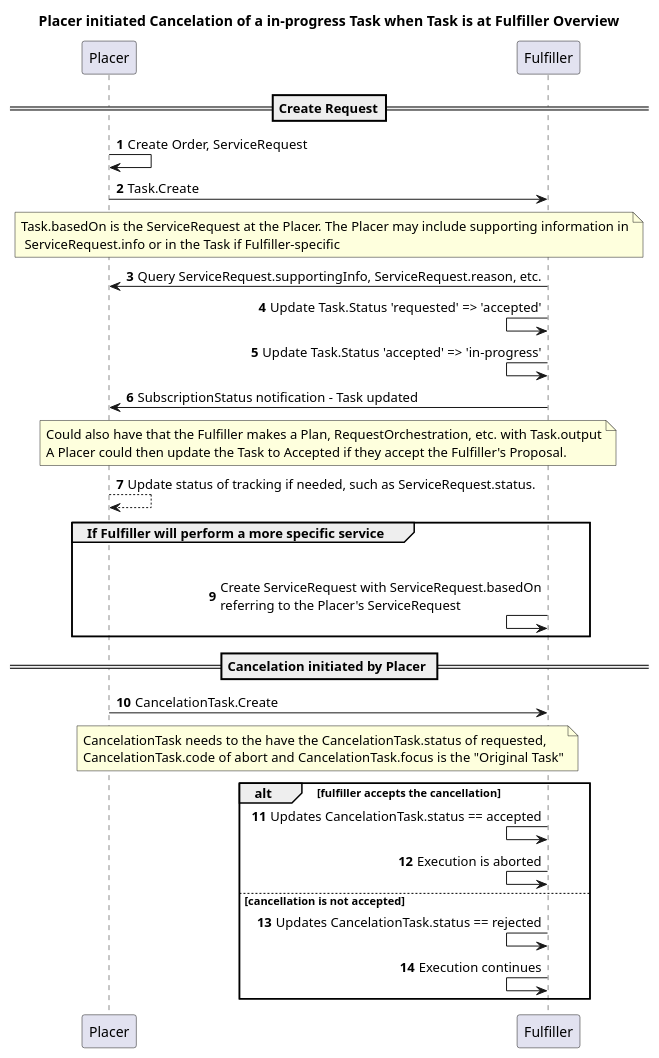
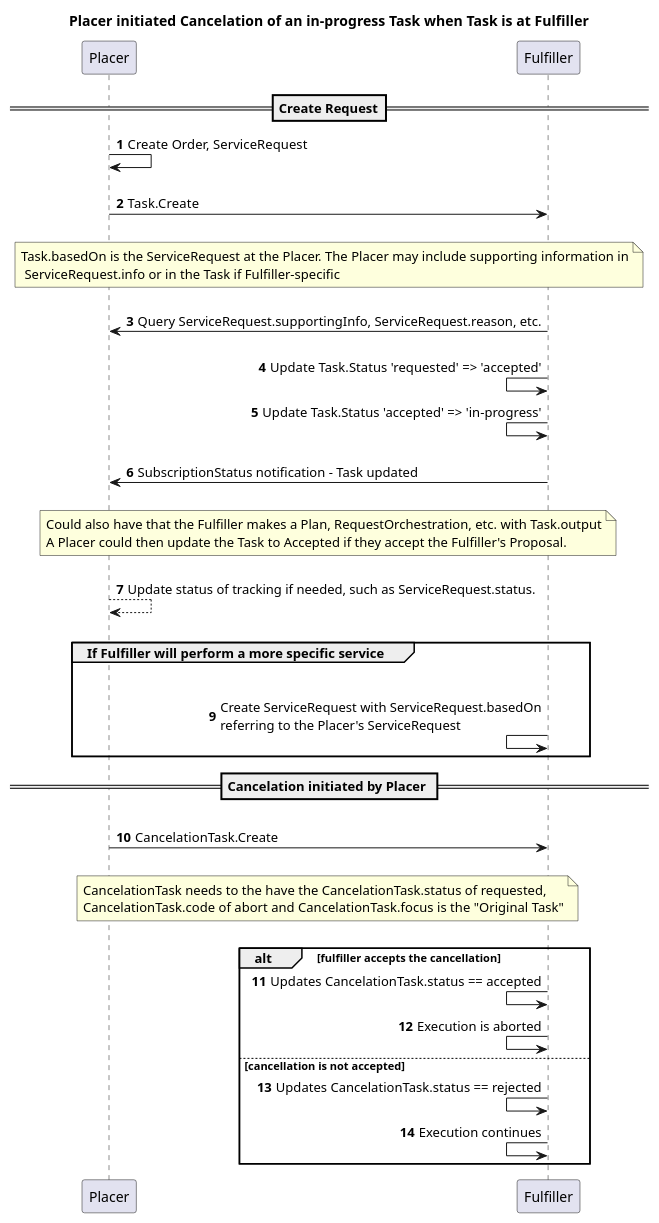
The diagram in input/images-source/cancelation-when-in-progress-example-task-at-fulfiller.plantuml (HL7/fhir-cow-ig), drawn with PlantUML before and after one commit.

Commit message:
Update cancelation-when-in-progress-example-task-at-fulfiller.plantuml
added lots of spacing

```diff
--- a/input/images-source/cancelation-when-in-progress-example-task-at-fulfiller.plantuml
+++ b/input/images-source/cancelation-when-in-progress-example-task-at-fulfiller.plantuml
@@ -1,49 +1,50 @@
 @startuml
-skinparam svgDimensionStyle false
-title Placer initiated Cancelation of a in-progress Task when Task is at Fulfiller Overview
+skinparam svgDimensionStyle true
+title Placer initiated Cancelation of an in-progress Task when Task is at Fulfiller
 
 autonumber
 
 ==Create Request==
 Placer -> Placer: Create Order, ServiceRequest
-
+||15||
 Placer -> Fulfiller: Task.Create
-
+||15||
 note over Placer, Fulfiller: Task.basedOn is the ServiceRequest at the Placer. The Placer may include supporting information in\n ServiceRequest.info or in the Task if Fulfiller-specific
-
+||15||
 Fulfiller -> Placer: Query ServiceRequest.supportingInfo, ServiceRequest.reason, etc.
-
+||15||
 Fulfiller <- Fulfiller: Update Task.Status 'requested' => 'accepted'
 Fulfiller <- Fulfiller: Update Task.Status 'accepted' => 'in-progress'
-
+||15||
 Fulfiller -> Placer: SubscriptionStatus notification - Task updated
-
+||15||
 note over Placer, Fulfiller: Could also have that the Fulfiller makes a Plan, RequestOrchestration, etc. with Task.output\nA Placer could then update the Task to Accepted if they accept the Fulfiller's Proposal.
-
+||15||
 Placer --> Placer: Update status of tracking if needed, such as ServiceRequest.status. 
-
+||15||
 group If Fulfiller will perform a more specific service
     Fulfiller -[hidden]> Placer:
     Fulfiller <- Fulfiller: Create ServiceRequest with ServiceRequest.basedOn\nreferring to the Placer's ServiceRequest
 end
 
 
 ==Cancelation initiated by Placer ==
-
+||15||
 Placer -> Fulfiller: CancelationTask.Create
+||15||
 note over Placer, Fulfiller
 CancelationTask needs to the have the CancelationTask.status of requested,
 CancelationTask.code of abort and CancelationTask.focus is the "Original Task"
 end note
-	
+||15||	
 
 alt fulfiller accepts the cancellation
     Fulfiller <- Fulfiller: Updates CancelationTask.status == accepted
 	Fulfiller  <- Fulfiller: Execution is aborted
 else cancellation is not accepted
 	Fulfiller <- Fulfiller: Updates CancelationTask.status == rejected
 	Fulfiller  <- Fulfiller: Execution continues
 end
 
 
 @enduml
```
